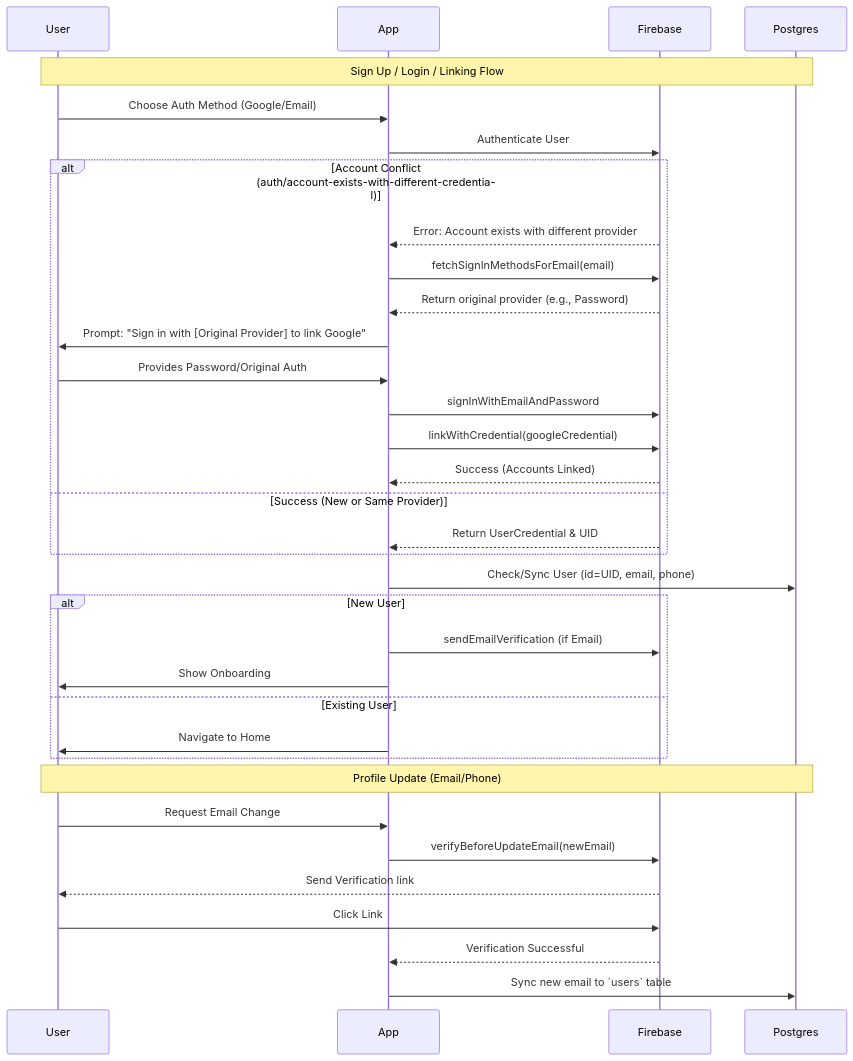
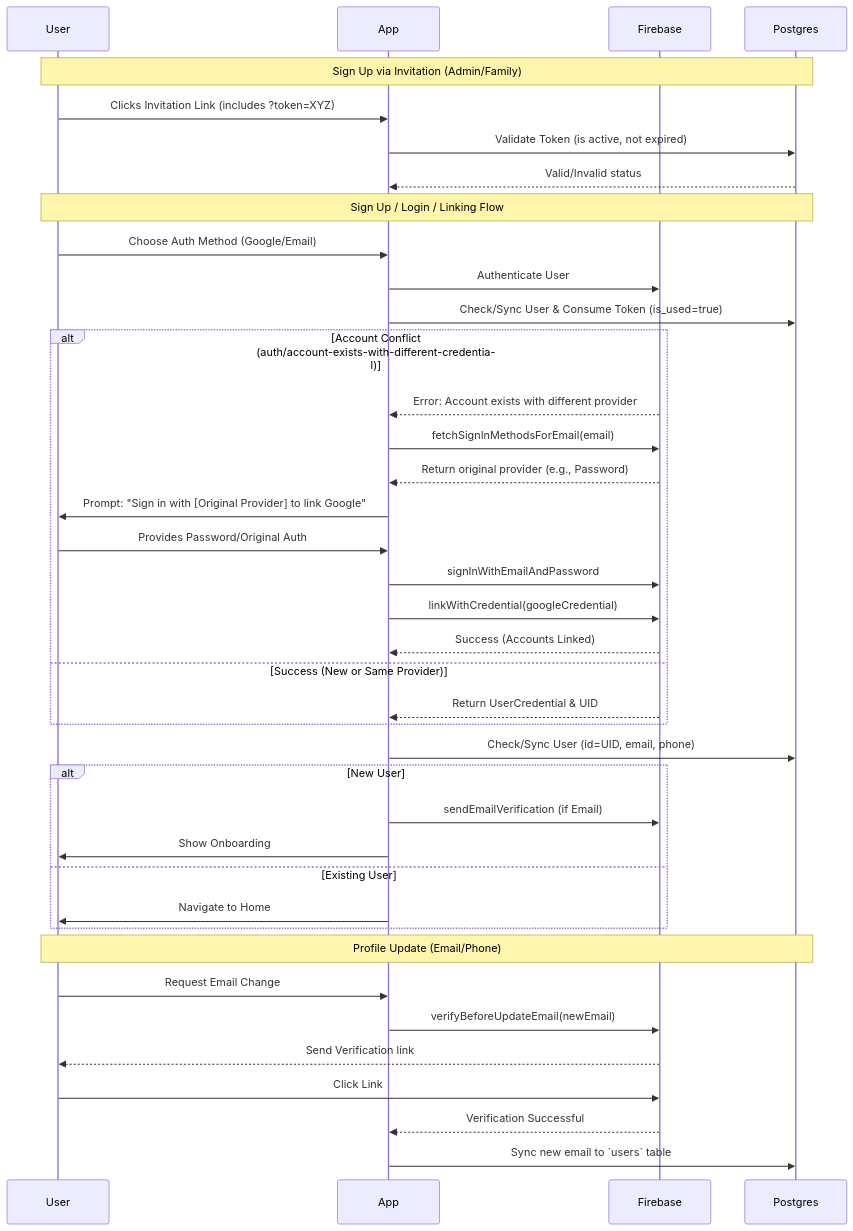
One commit to mibi2007/familytree changed the first of 2 diagrams in docs/auth/technical.md. Above: the diagram before and after it, drawn with Mermaid. The commit also changed other lines of this file and 27 other files, not shown here.

````diff
--- a/docs/auth/technical.md
+++ b/docs/auth/technical.md
@@ -4,40 +4,46 @@
 ```mermaid
 sequenceDiagram
     participant User
     participant App
     participant Firebase
     participant Postgres
 
+    Note over User, Postgres: Sign Up via Invitation (Admin/Family)
+    User->>App: Clicks Invitation Link (includes ?token=XYZ)
+    App->>Postgres: Validate Token (is active, not expired)
+    Postgres-->>App: Valid/Invalid status
+    
     Note over User, Postgres: Sign Up / Login / Linking Flow
     User->>App: Choose Auth Method (Google/Email)
     App->>Firebase: Authenticate User
+    App->>Postgres: Check/Sync User & Consume Token (is_used=true)
     
     alt Account Conflict (auth/account-exists-with-different-credential)
         Firebase-->>App: Error: Account exists with different provider
         App->>Firebase: fetchSignInMethodsForEmail(email)
         Firebase-->>App: Return original provider (e.g., Password)
         App->>User: Prompt: "Sign in with [Original Provider] to link Google"
         User->>App: Provides Password/Original Auth
         App->>Firebase: signInWithEmailAndPassword
         App->>Firebase: linkWithCredential(googleCredential)
         Firebase-->>App: Success (Accounts Linked)
     else Success (New or Same Provider)
         Firebase-->>App: Return UserCredential & UID
     end
 
     App->>Postgres: Check/Sync User (id=UID, email, phone)
     alt New User
         App->>Firebase: sendEmailVerification (if Email)
         App->>User: Show Onboarding
     else Existing User
         App->>User: Navigate to Home
     end
 
     Note over User, Postgres: Profile Update (Email/Phone)
     User->>App: Request Email Change
     App->>Firebase: verifyBeforeUpdateEmail(newEmail)
     Firebase-->>User: Send Verification link
     User->>Firebase: Click Link
     Firebase-->>App: Verification Successful
     App->>Postgres: Sync new email to `users` table
 ```
````
